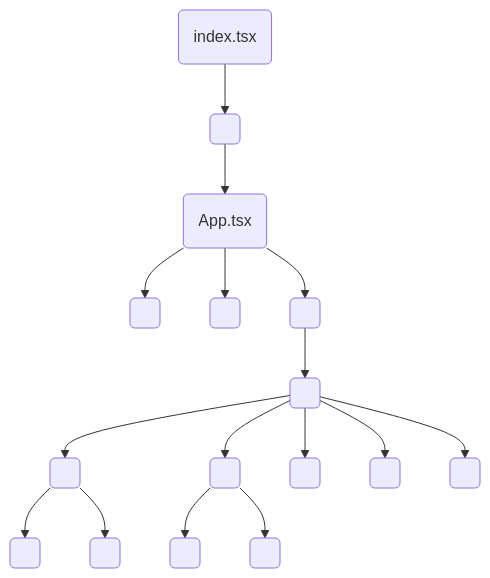
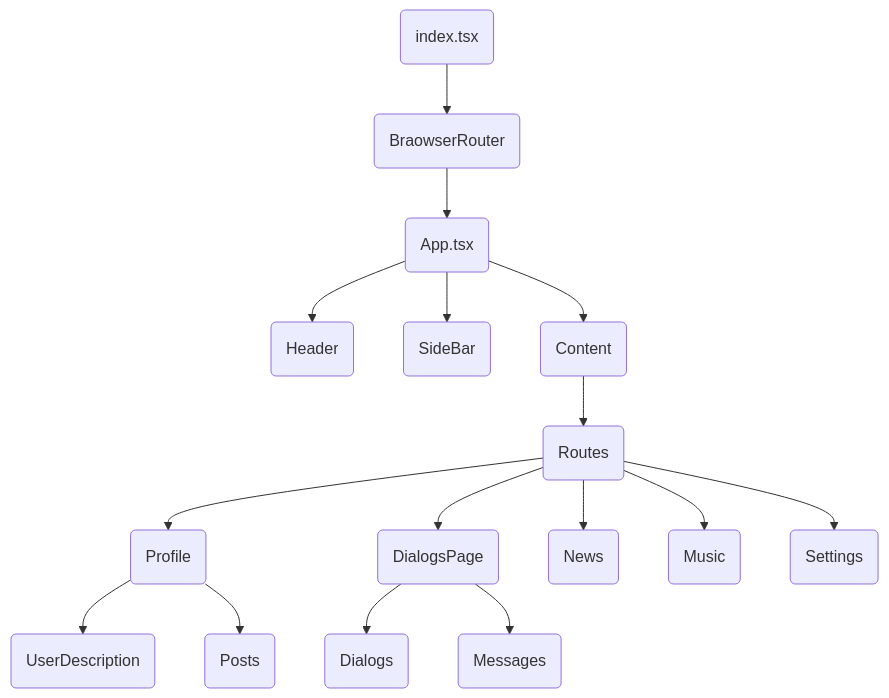
The diagram in README.md (YaroshUlad/social-network), drawn with Mermaid before and after one commit.

````diff
--- a/README.md
+++ b/README.md
@@ -1,18 +1,18 @@
 ```mermaid
 graph TD
-A(index.tsx)-->B(<BraowserRouter/>)-->C(App.tsx)
-C-->D(<Header/>)
-C-->E(<SideBar/>)
-C-->F(<Content/>)
-F-->G(<Routes/>)
-G-->H(<Profile/>)
-G-->I(<DialogsPage/>)
-G-->J(<News/>)
-G-->K(<Music/>)
-G-->L(<Settings/>)
-I-->M(<Dialogs/>)
-I-->N(<Messages/>)
-H-->O(<UserDescription/>)
-H-->P(<Posts/>)
+A(index.tsx)-->B(BraowserRouter)-->C(App.tsx)
+C-->D(Header)
+C-->E(SideBar)
+C-->F(Content)
+F-->G(Routes)
+G-->H(Profile)
+G-->I(DialogsPage)
+G-->J(News)
+G-->K(Music)
+G-->L(Settings)
+I-->M(Dialogs)
+I-->N(Messages)
+H-->O(UserDescription)
+H-->P(Posts)
 
 ```
````
